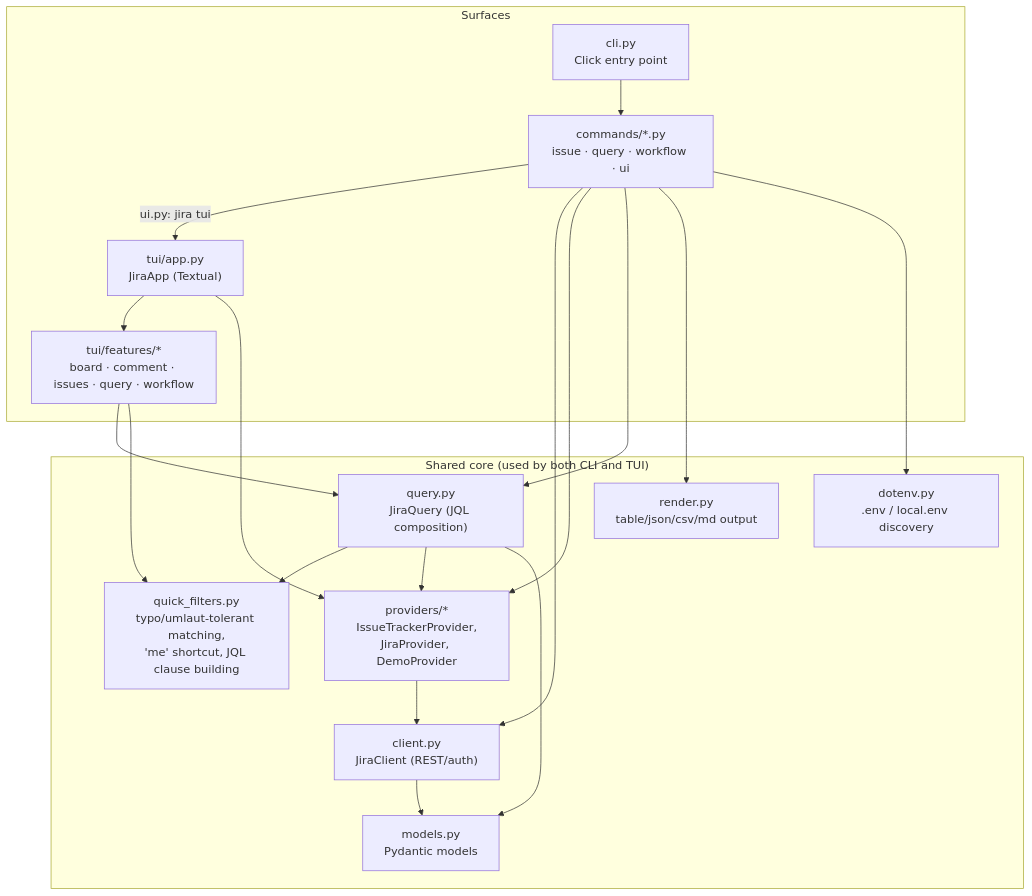
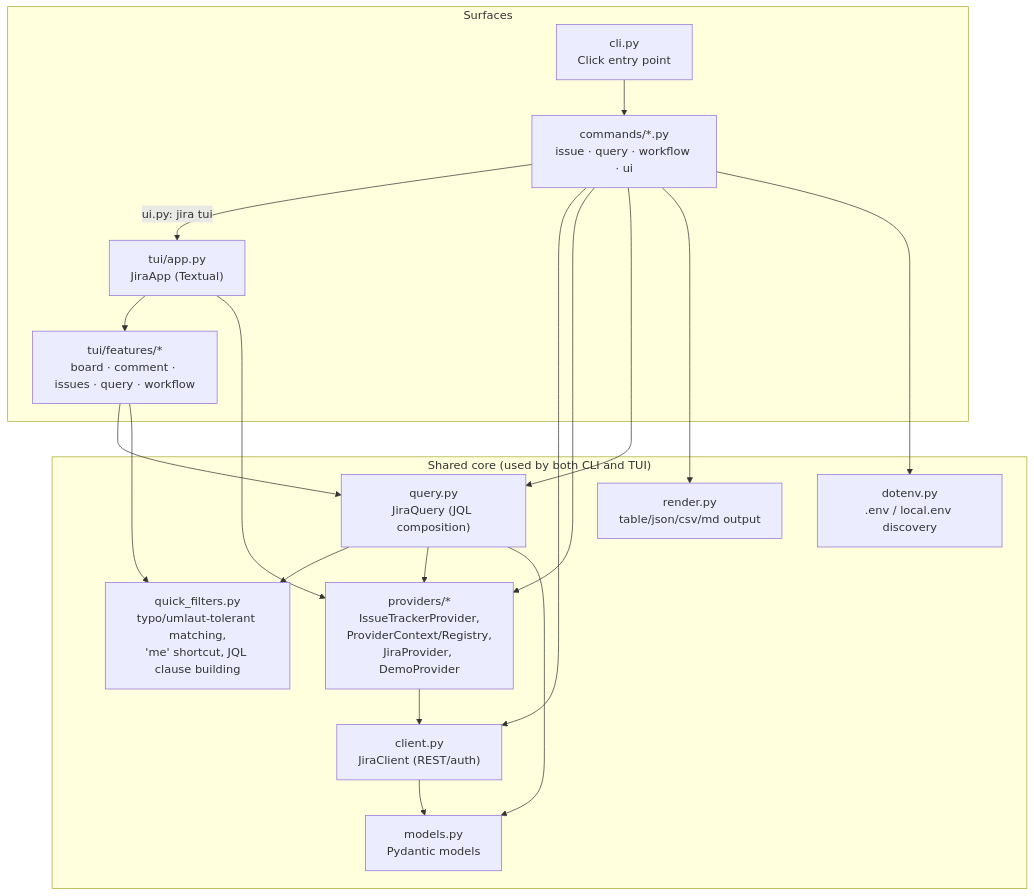
One commit to colenio/jira-cli changed the diagram in docs/architecture.md. Above: the diagram before and after it, drawn with Mermaid. The commit also changed other lines of this file and 8 other files, not shown here.

````diff
--- a/docs/architecture.md
+++ b/docs/architecture.md
@@ -6,37 +6,37 @@
 ```mermaid
 graph TD
     subgraph Surfaces
         CLI["cli.py<br/>Click entry point"]
         CMDS["commands/*.py<br/>issue · query · workflow · ui"]
         TUIAPP["tui/app.py<br/>JiraApp (Textual)"]
         TUIFEAT["tui/features/*<br/>board · comment · issues · query · workflow"]
 
         CLI --> CMDS
         CMDS -- "ui.py: jira tui" --> TUIAPP
         TUIAPP --> TUIFEAT
     end
 
     subgraph Shared["Shared core (used by both CLI and TUI)"]
-      PROVIDERS["providers/*<br/>IssueTrackerProvider,<br/>JiraProvider, DemoProvider"]
+      PROVIDERS["providers/*<br/>IssueTrackerProvider,<br/>ProviderContext/Registry,<br/>JiraProvider, DemoProvider"]
         CLIENT["client.py<br/>JiraClient (REST/auth)"]
         QUERY["query.py<br/>JiraQuery (JQL composition)"]
         QF["quick_filters.py<br/>typo/umlaut-tolerant matching,<br/>'me' shortcut, JQL clause building"]
         MODELS["models.py<br/>Pydantic models"]
         RENDER["render.py<br/>table/json/csv/md output"]
         DOTENV["dotenv.py<br/>.env / local.env discovery"]
     end
 
     CMDS --> CLIENT
     CMDS --> PROVIDERS
     CMDS --> QUERY
     CMDS --> RENDER
     CMDS --> DOTENV
     TUIFEAT --> QUERY
     TUIFEAT --> QF
     TUIAPP --> PROVIDERS
     QUERY --> QF
     QUERY --> PROVIDERS
     PROVIDERS --> CLIENT
     QUERY --> MODELS
     CLIENT --> MODELS
 ```
````
